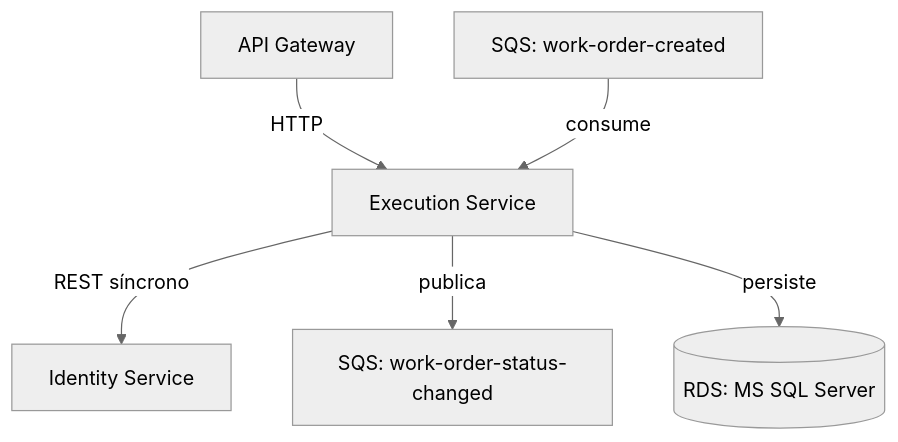
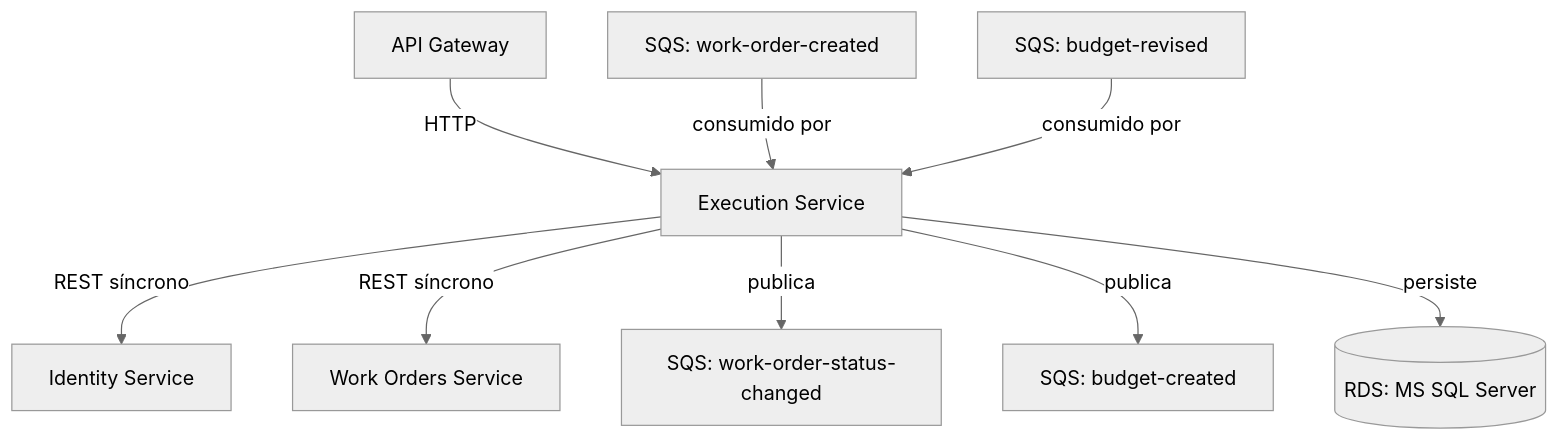
The diagram in README.md (FIAP-POS-TECH-13SOAT-MECHANICS/mechanics-execution), drawn with Mermaid (neutral theme) before and after one commit. The commit also changed other lines of this file, not shown here.

````diff
--- a/README.md
+++ b/README.md
@@ -11,10 +11,13 @@
 ```mermaid
 graph TD
     GW[API Gateway] -->|HTTP| EX[Execution Service]
     EX -->|REST síncrono| ID[Identity Service]
+    EX -->|REST síncrono| WOS[Work Orders Service]
 
-    WOC[SQS: work-order-created] -->|consume| EX
+    WOC[SQS: work-order-created] -->|consumido por| EX
+    BR[SQS: budget-revised] -->|consumido por| EX
     EX -->|publica| WOSC[SQS: work-order-status-changed]
+    EX -->|publica| BC[SQS: budget-created]
 
     EX -->|persiste| DB[(RDS: MS SQL Server)]
 ```
````
